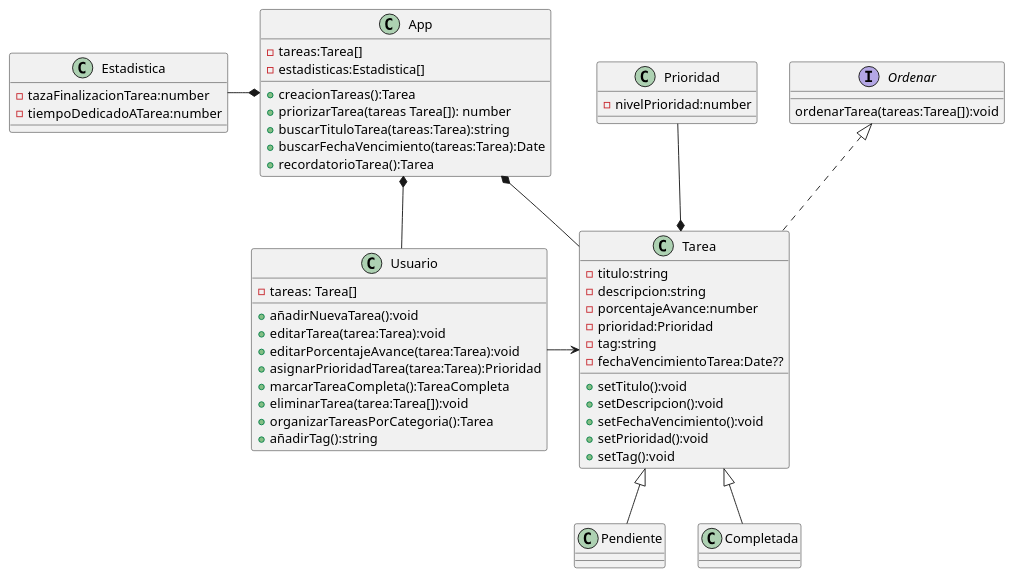
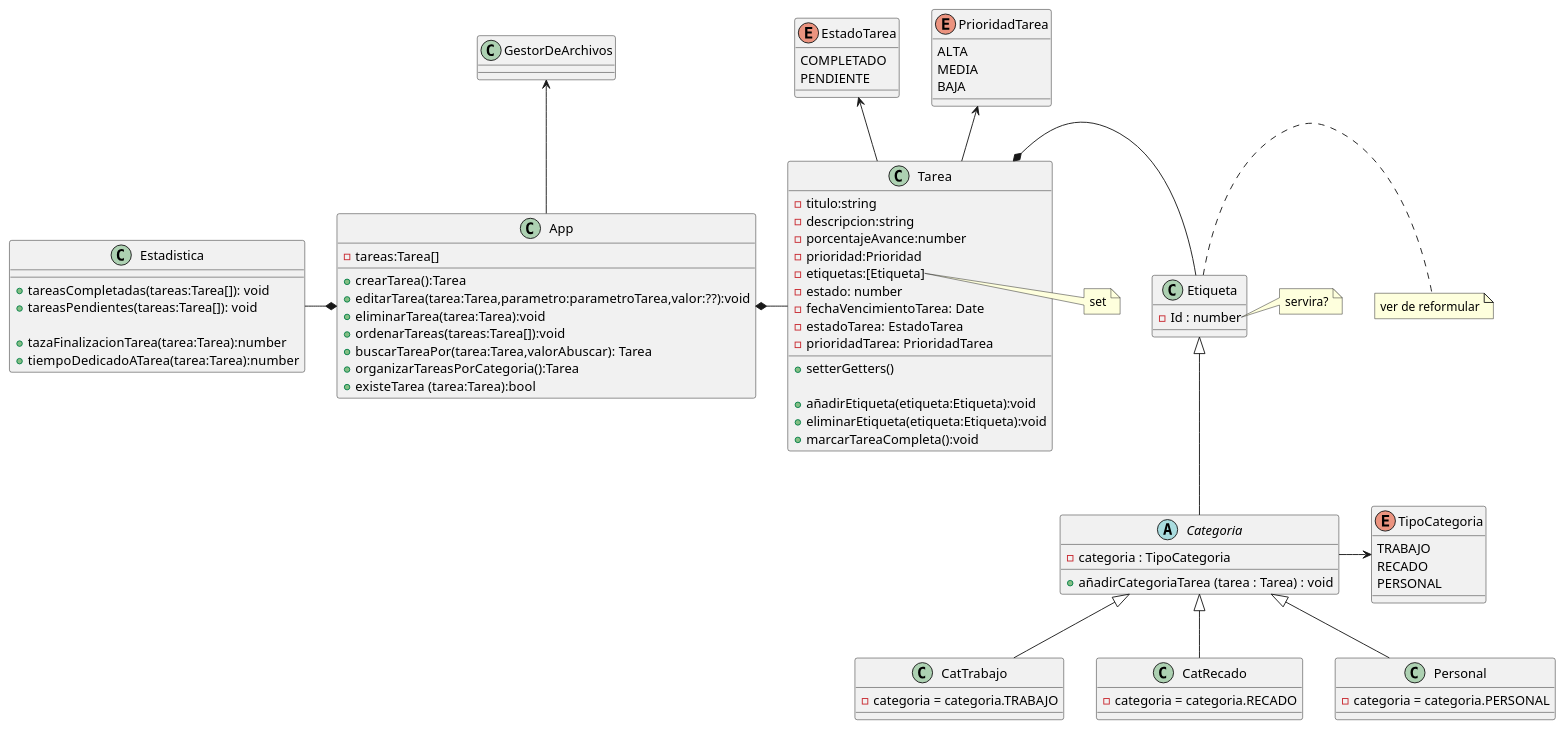
Before and after one commit to LauEroles/Task-list: the diagram in src/Diagramas/DiagramaDeClases.puml, drawn with PlantUML. The commit also changed other lines of this file and 3 other files, not shown here.

First line of the commit message:
Cambios en diagrama

```diff
--- a/src/Diagramas/DiagramaDeClases.puml
+++ b/src/Diagramas/DiagramaDeClases.puml
@@ -1,84 +3,118 @@
 @startuml TaskList
 
 
 class App{
 
     -tareas:Tarea[]
-    -estadisticas:Estadistica[]
-    +creacionTareas():Tarea
-    +priorizarTarea(tareas Tarea[]): number
-    +buscarTituloTarea(tareas:Tarea):string
-    +buscarFechaVencimiento(tareas:Tarea):Date
-    +recordatorioTarea():Tarea
+
+    +crearTarea():Tarea
+    +editarTarea(tarea:Tarea,parametro:parametroTarea,valor:??):void
+    +eliminarTarea(tarea:Tarea):void
+    +ordenarTareas(tareas:Tarea[]):void
+    +buscarTareaPor(tarea:Tarea,valorAbuscar): Tarea
+
+
+    +organizarTareasPorCategoria():Tarea
+    
+    +existeTarea (tarea:Tarea):bool
+}
+
+class GestorDeArchivos{
 
 }
 
+class Estadistica{
 
-class Estadistica{
-    -tazaFinalizacionTarea:number
-    -tiempoDedicadoATarea:number
+    +tareasCompletadas(tareas:Tarea[]): void
+    +tareasPendientes(tareas:Tarea[]): void
+
+    +tazaFinalizacionTarea(tarea:Tarea):number
+    +tiempoDedicadoATarea(tarea:Tarea):number
 
 }
 
-
-class Prioridad{
-    -nivelPrioridad:number
-
+enum EstadoTarea{
+    COMPLETADO
+    PENDIENTE
 }
 
-class Usuario{
-
-    -tareas: Tarea[]
-    +añadirNuevaTarea():void
-    +editarTarea(tarea:Tarea):void
-    +editarPorcentajeAvance(tarea:Tarea):void
-    +asignarPrioridadTarea(tarea:Tarea):Prioridad
-    +marcarTareaCompleta():TareaCompleta
-    +eliminarTarea(tarea:Tarea[]):void
-    +organizarTareasPorCategoria():Tarea
-    +añadirTag():string
-    
+enum PrioridadTarea{
+    ALTA
+    MEDIA
+    BAJA
 }
 
-interface Ordenar{
-    ordenarTarea(tareas:Tarea[]):void
+enum TipoCategoria{
+    TRABAJO 
+    RECADO
+    PERSONAL
 }
 
-
-class Tarea implements Ordenar{
+class Tarea {
     
     -titulo:string
     -descripcion:string
     -porcentajeAvance:number
     -prioridad:Prioridad
-    -tag:string
-    -fechaVencimientoTarea:Date??
+    -etiquetas:[Etiqueta] 
+    -estado: number
+    -fechaVencimientoTarea: Date
+    -estadoTarea: EstadoTarea
+    -prioridadTarea: PrioridadTarea
 
-    +setTitulo():void
-    +setDescripcion():void
-    +setFechaVencimiento():void
-    +setPrioridad():void
-    +setTag():void
+    +setterGetters()
+    
+    +añadirEtiqueta(etiqueta:Etiqueta):void
+    +eliminarEtiqueta(etiqueta:Etiqueta):void
+    +marcarTareaCompleta():void
+}
 
+
+class Etiqueta { 
+    -Id : number
 
 }
 
-class Pendiente extends Tarea{
-
+abstract class Categoria extends Etiqueta {
+    -categoria : TipoCategoria
+    +añadirCategoriaTarea (tarea : Tarea) : void
 }
 
-class Completada extends Tarea{
-    
+Class CatTrabajo extends Categoria{
+    -categoria = categoria.TRABAJO
 }
 
+Class CatRecado extends Categoria{
+    -categoria = categoria.RECADO
+}
+
+Class Personal extends Categoria{
+    -categoria = categoria.PERSONAL
+}
+
+
 'Relaciones
-App *-- Usuario
-App *-- Tarea
+App *-right- Tarea
+Tarea -up-> PrioridadTarea
+Tarea -up-> EstadoTarea
 App *-left- Estadistica
+Categoria -right-> TipoCategoria
+App -up-> GestorDeArchivos
 
-Prioridad --* Tarea
-Usuario -right->Tarea
+Etiqueta -left-* Tarea
+
+note right of Etiqueta
+    ver de reformular
+end note
+
+note right of Etiqueta::Id
+    servira?
+end note
+
+note right of Tarea::etiquetas
+    set
+end note
 
 
 
 @enduml
```
